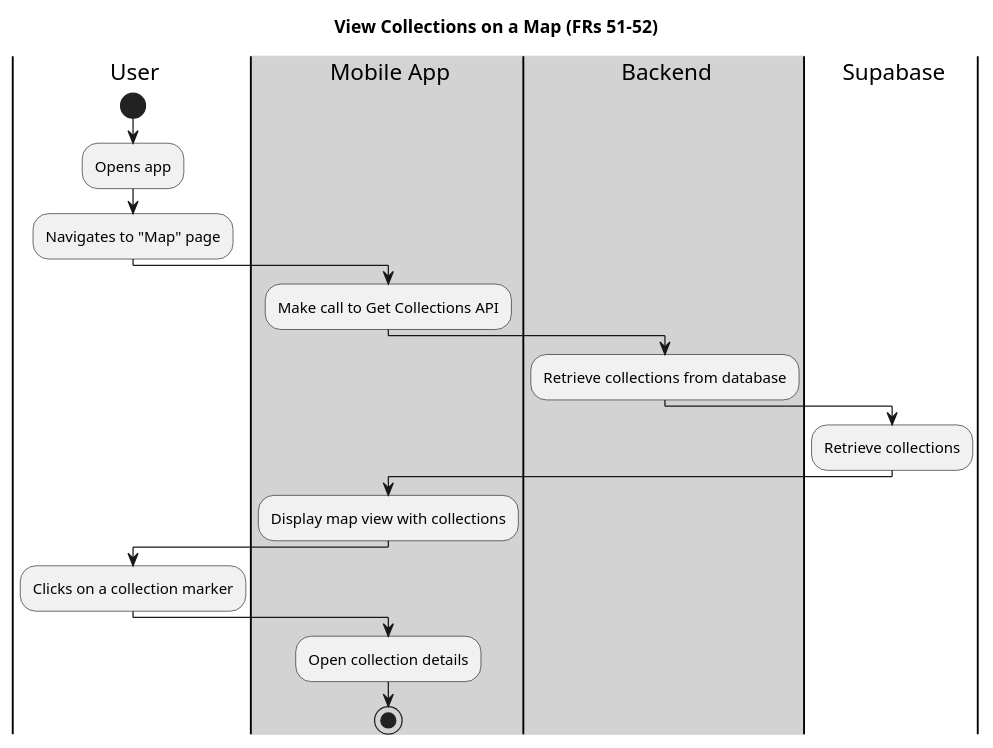
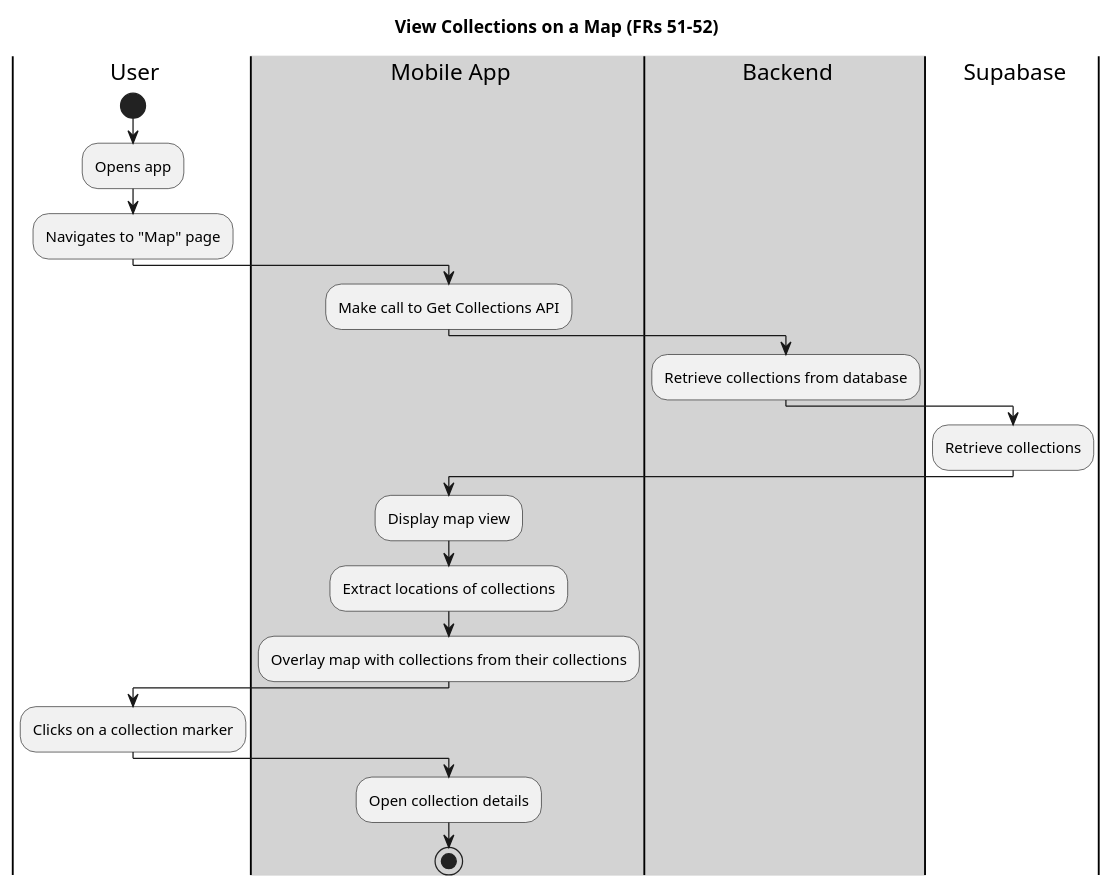
Before and after one commit to owencooke/memento: the diagram in docs/activity/map-view.puml, drawn with PlantUML.

Commit message:
Update map view

```diff
--- a/docs/activity/map-view.puml
+++ b/docs/activity/map-view.puml
@@ -1,33 +1,35 @@
 @startuml
 title View Collections on a Map (FRs 51-52)
 
 |user| User
 |#lightgray|mobile| Mobile App
 |#lightgray|backend| Backend
 |db| Supabase
 
 |user|
 start
 :Opens app;
 :Navigates to "Map" page;
 
 |mobile|
 :Make call to Get Collections API;
 
 |backend|
 :Retrieve collections from database;
 
 |db|
 :Retrieve collections;
 
 |mobile|
-:Display map view with collections;
+:Display map view;
+:Extract locations of collections;
+:Overlay map with collections from their collections;
 
 |user|
 :Clicks on a collection marker;
 
 |mobile|
 :Open collection details;
 
 stop
 @enduml
```
